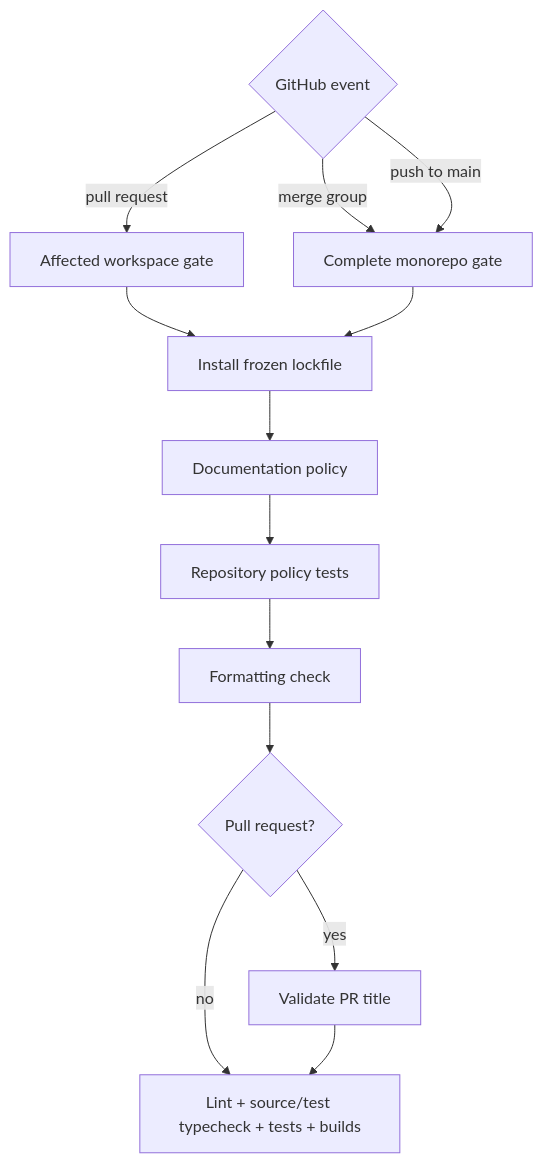
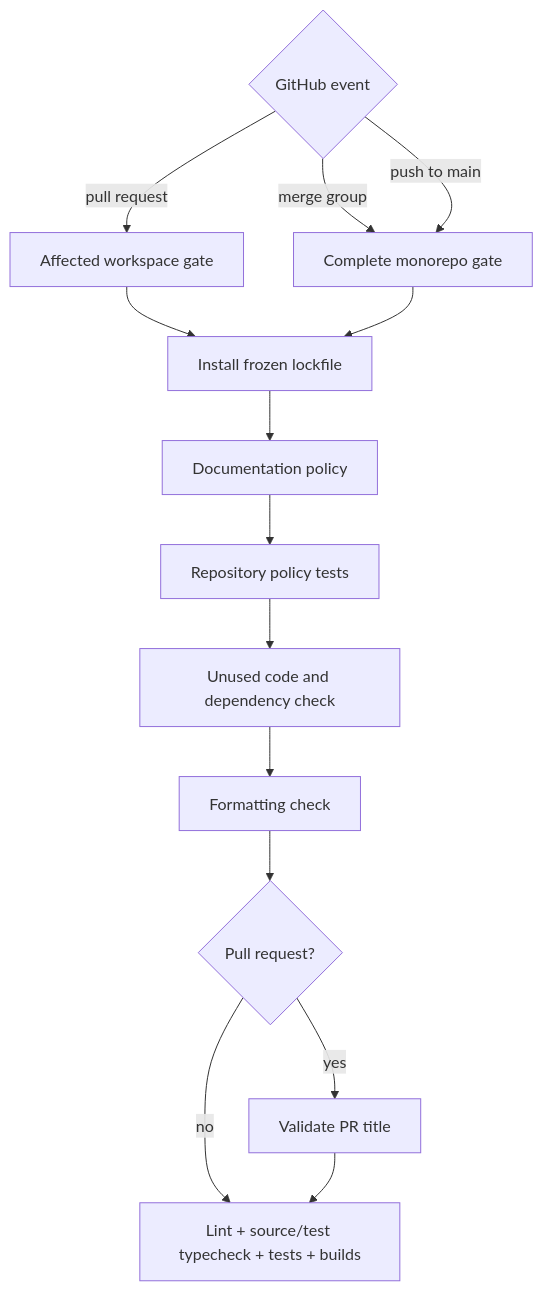
Before and after one commit to shamilaw-sci/CSC3213_20_Group_B: the diagram in docs/CI.md, drawn with Mermaid. The commit also changed other lines of this file and 121 other files, not shown here.

````diff
--- a/docs/CI.md
+++ b/docs/CI.md
@@ -10,17 +10,18 @@
 ```mermaid
 flowchart TD
   Event{GitHub event}
   Event -->|pull request| PR[Affected workspace gate]
   Event -->|merge group| Full[Complete monorepo gate]
   Event -->|push to main| Full
 
   PR --> Install[Install frozen lockfile]
   Full --> Install
   Install --> Docs[Documentation policy]
   Docs --> Repo[Repository policy tests]
-  Repo --> Format[Formatting check]
+  Repo --> Knip[Unused code and dependency check]
+  Knip --> Format[Formatting check]
   Format --> Title{Pull request?}
   Title -->|yes| Commitlint[Validate PR title]
   Title -->|no| Verify[Lint + source/test typecheck + tests + builds]
   Commitlint --> Verify
 ```
````
